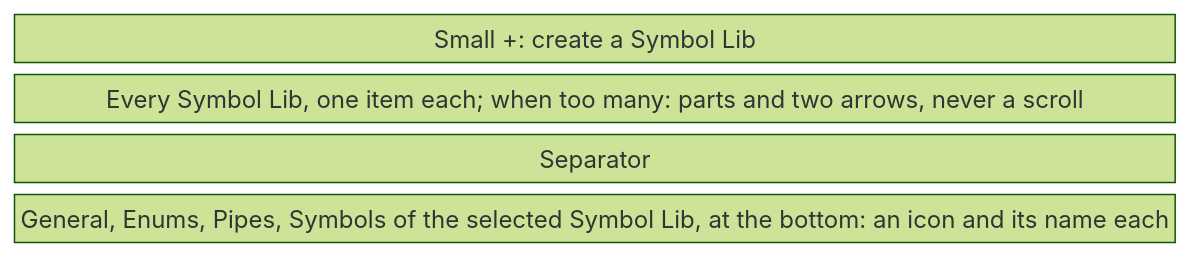
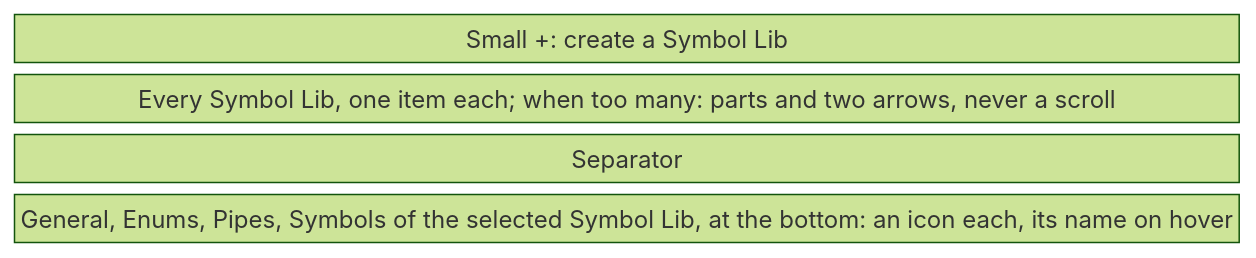
Before and after one commit to AlexandreGallais/synoptic-studio-spec: the first of 5 diagrams in symbols/01-libraries-and-symbols.md, drawn with Mermaid (forest theme). The commit also changed other lines of this file and 4 other files, not shown here.

````diff
--- a/symbols/01-libraries-and-symbols.md
+++ b/symbols/01-libraries-and-symbols.md
@@ -51,8 +51,8 @@
 ```mermaid
 block-beta
     columns 1
     add["Small +: create a Symbol Lib"]
     list["Every Symbol Lib, one item each; when too many: parts and two arrows, never a scroll"]
     sep["Separator"]
-    pages["General, Enums, Pipes, Symbols of the selected Symbol Lib, at the bottom: an icon and its name each"]
+    pages["General, Enums, Pipes, Symbols of the selected Symbol Lib, at the bottom: an icon each, its name on hover"]
 ```
````
